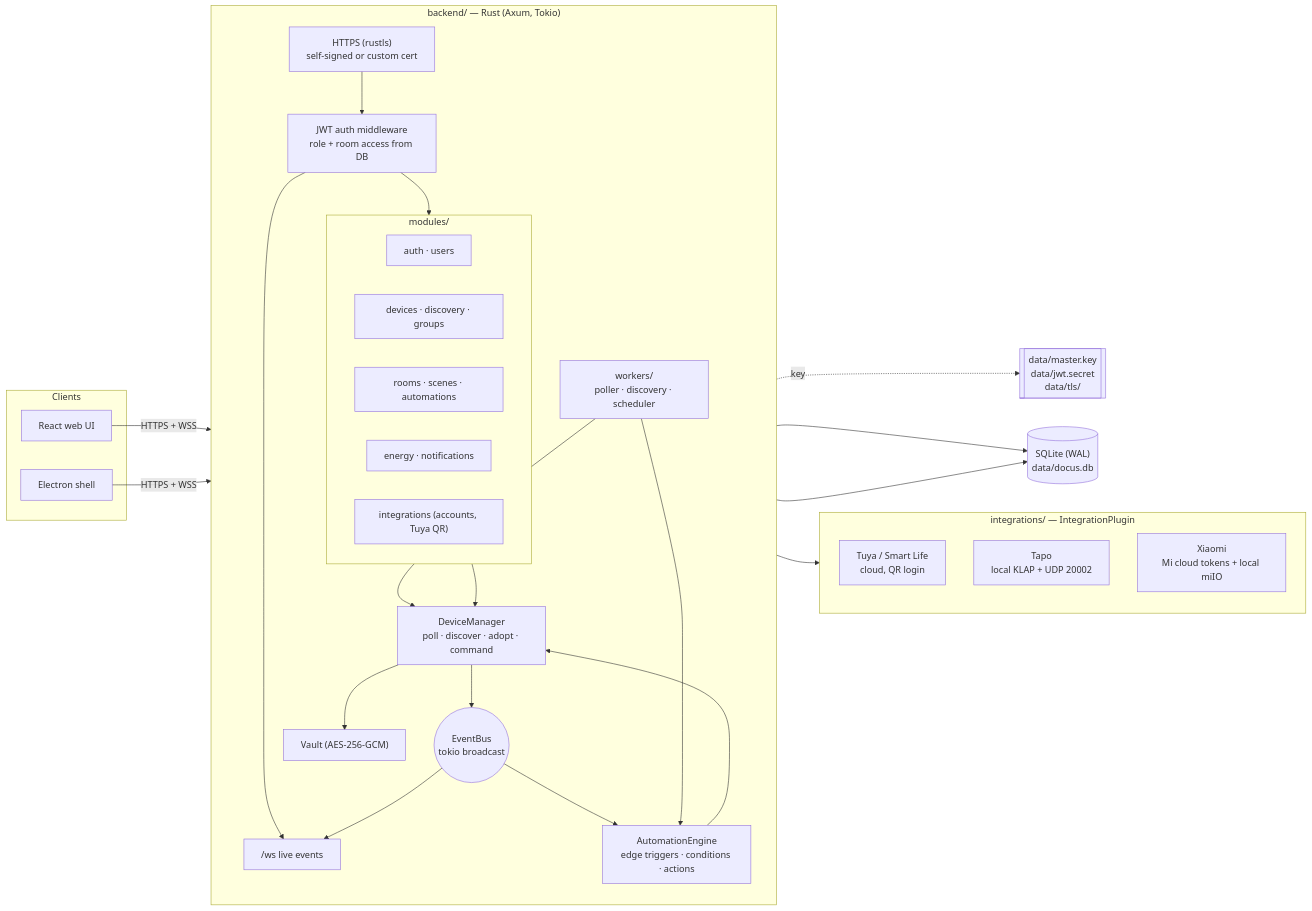
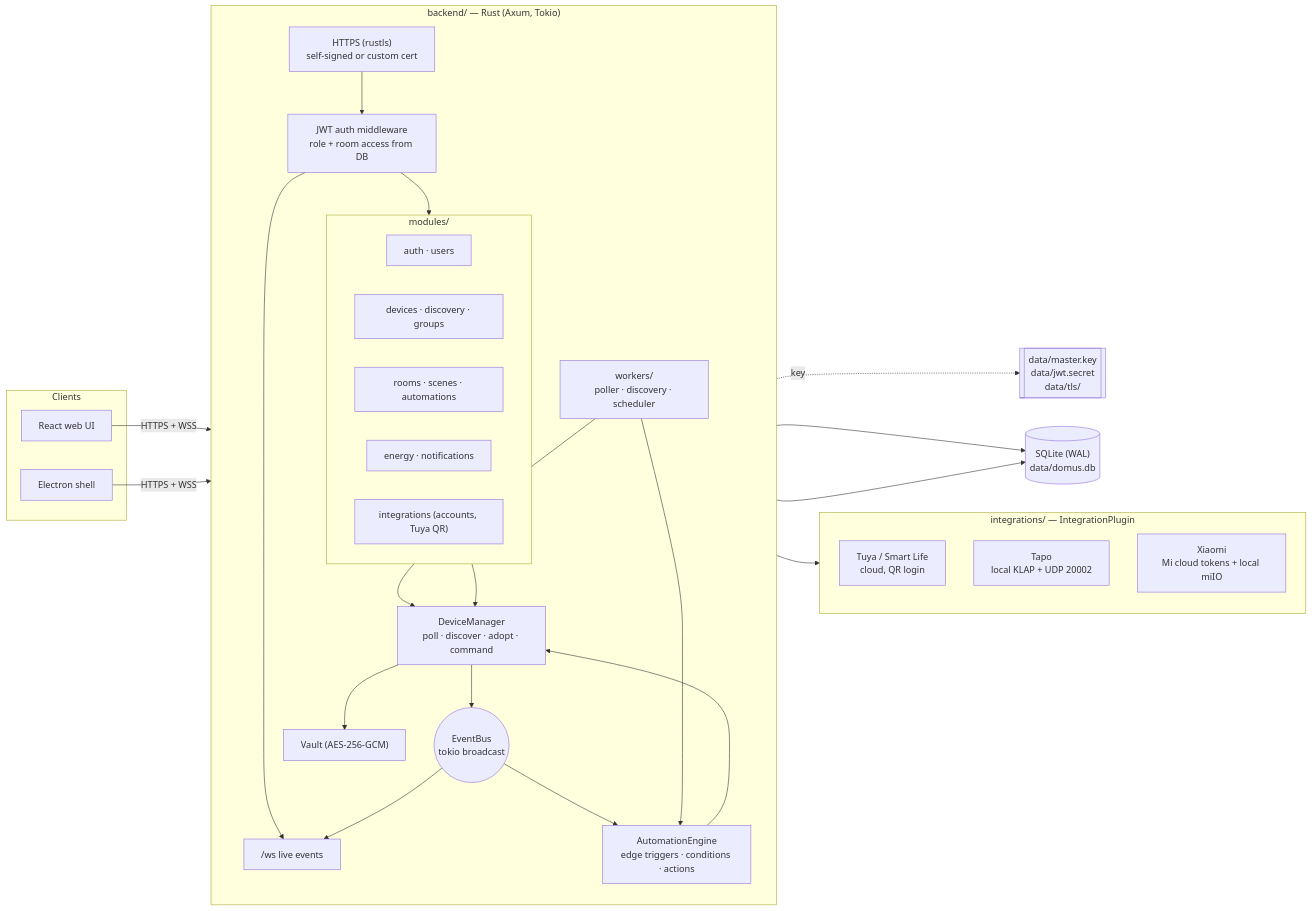
Before and after one commit to aiyu-ayaan/Domus: the first of 10 diagrams in development/docs/ARCHITECTURE.md, drawn with Mermaid. The commit also changed other lines of this file and 72 other files, not shown here.

First line of the commit message:
rename(Domus) : Rename the app from Docus to Domus everywhere

````diff
--- a/development/docs/ARCHITECTURE.md
+++ b/development/docs/ARCHITECTURE.md
@@ -10,49 +10,49 @@
 ```mermaid
 flowchart LR
     subgraph Clients
         Web["React web UI"]
         Desk["Electron shell"]
     end
 
     subgraph Server["backend/ — Rust (Axum, Tokio)"]
         direction TB
         TLS["HTTPS (rustls)<br/>self-signed or custom cert"]
         Auth["JWT auth middleware<br/>role + room access from DB"]
         subgraph Modules["modules/"]
             M1["auth · users"]
             M2["devices · discovery · groups"]
             M3["rooms · scenes · automations"]
             M4["energy · notifications"]
             M5["integrations (accounts, Tuya QR)"]
         end
         WS["/ws live events"]
         Mgr["DeviceManager<br/>poll · discover · adopt · command"]
         Engine["AutomationEngine<br/>edge triggers · conditions · actions"]
         Bus(("EventBus<br/>tokio broadcast"))
         Workers["workers/<br/>poller · discovery · scheduler"]
         Vault["Vault (AES-256-GCM)"]
     end
 
     subgraph Plugins["integrations/ — IntegrationPlugin"]
         Tuya["Tuya / Smart Life<br/>cloud, QR login"]
         Tapo["Tapo<br/>local KLAP + UDP 20002"]
         Xiaomi["Xiaomi<br/>Mi cloud tokens + local miIO"]
     end
 
-    DB[("SQLite (WAL)<br/>data/docus.db")]
+    DB[("SQLite (WAL)<br/>data/domus.db")]
     Key[["data/master.key<br/>data/jwt.secret<br/>data/tls/"]]
 
     Web & Desk -->|HTTPS + WSS| TLS --> Auth --> Modules
     Auth --> WS
     Modules --> Mgr
     Modules --> DB
     Mgr --> Plugins
     Mgr --> Bus
     Mgr --> Vault
     Vault -.key.-> Key
     Bus --> Engine --> Mgr
     Bus --> WS
     Workers --> Mgr
     Workers --> Engine
     Mgr --> DB
 ```
````
